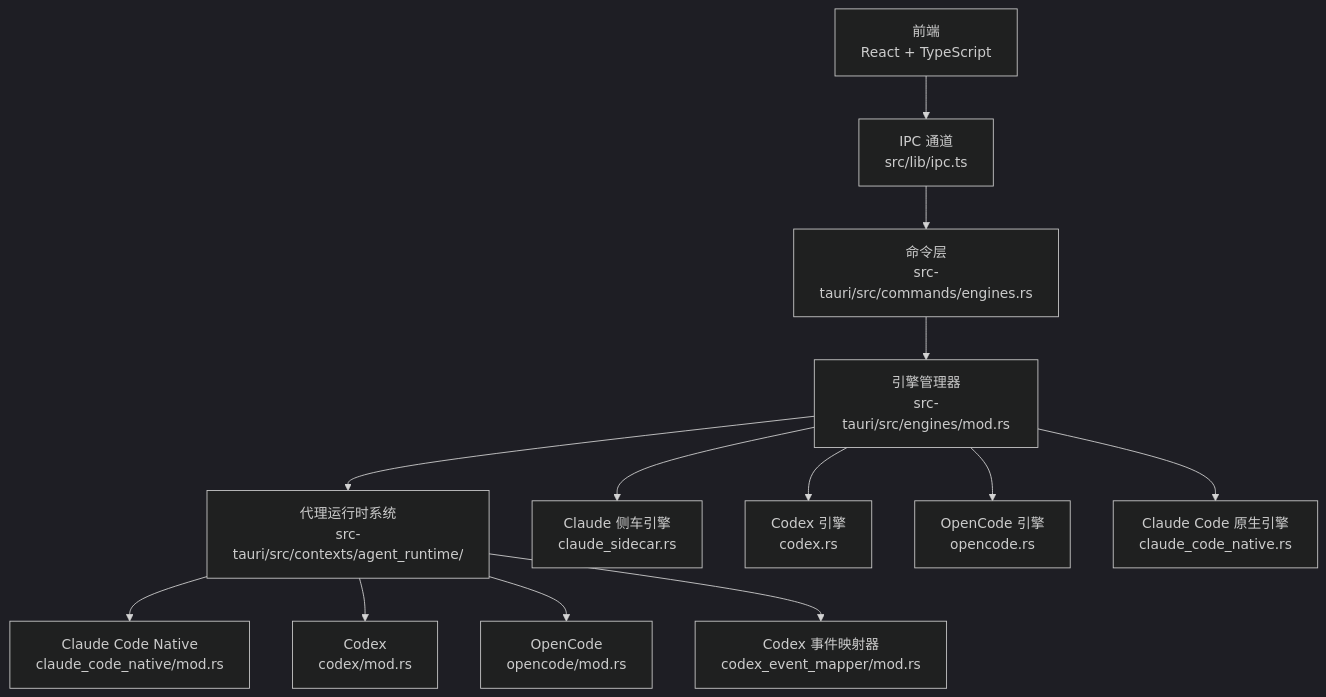
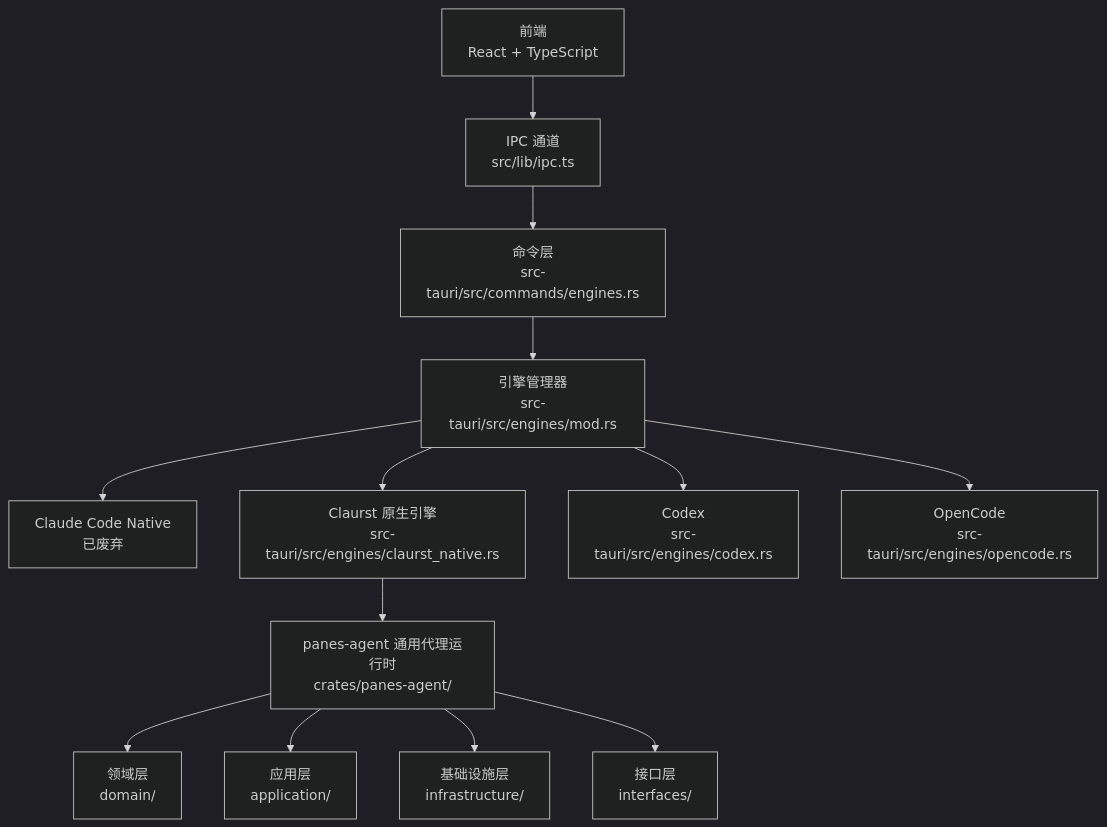
Before and after one commit to yattin/panes: the first of 13 diagrams in .qoder/repowiki/zh/content/AI 引擎管理/AI 引擎管理.md, drawn with Mermaid (dark theme). The commit also changed other lines of this file and 45 other files, not shown here.

````diff
--- a/.qoder/repowiki/zh/content/AI 引擎管理/AI 引擎管理.md
+++ b/.qoder/repowiki/zh/content/AI 引擎管理/AI 引擎管理.md
@@ -63,15 +60,15 @@
 ```mermaid
 graph TB
 FE["前端<br/>React + TypeScript"] --> IPC["IPC 通道<br/>src/lib/ipc.ts"]
 IPC --> CMD["命令层<br/>src-tauri/src/commands/engines.rs"]
 CMD --> EM["引擎管理器<br/>src-tauri/src/engines/mod.rs"]
-EM --> AR["代理运行时系统<br/>src-tauri/src/contexts/agent_runtime/"]
-AR --> CN["Claude Code Native<br/>claude_code_native/mod.rs"]
-AR --> CD["Codex<br/>codex/mod.rs"]
-AR --> OC["OpenCode<br/>opencode/mod.rs"]
-AR --> CEM["Codex 事件映射器<br/>codex_event_mapper/mod.rs"]
-EM --> E1["Claude 侧车引擎<br/>claude_sidecar.rs"]
-EM --> E2["Codex 引擎<br/>codex.rs"]
-EM --> E3["OpenCode 引擎<br/>opencode.rs"]
-EM --> E4["Claude Code 原生引擎<br/>claude_code_native.rs"]
+EM --> CN["Claude Code Native<br/>已废弃"]
+EM --> CL["Claurst 原生引擎<br/>src-tauri/src/engines/claurst_native.rs"]
+EM --> CD["Codex<br/>src-tauri/src/engines/codex.rs"]
+EM --> OC["OpenCode<br/>src-tauri/src/engines/opencode.rs"]
+CL --> PA["panes-agent 通用代理运行时<br/>crates/panes-agent/"]
+PA --> DOM["领域层<br/>domain/"]
+PA --> APP["应用层<br/>application/"]
+PA --> INF["基础设施层<br/>infrastructure/"]
+PA --> INT["接口层<br/>interfaces/"]
 ```
````
